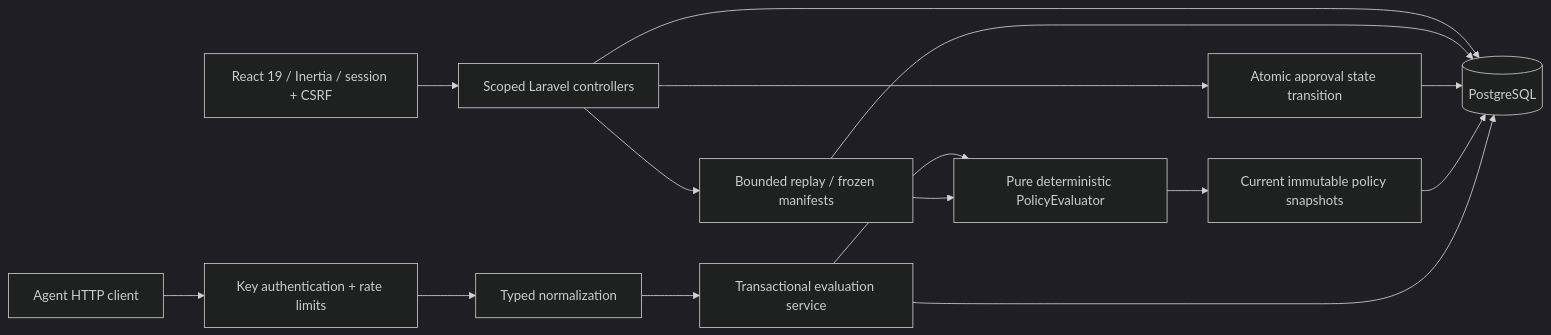
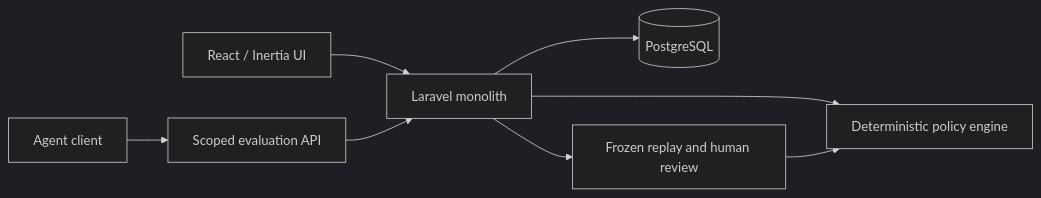
One commit to HIZMALI/ScopeTwin changed the diagram in README.md. Above: the diagram before and after it, drawn with Mermaid (dark theme). The commit also changed other lines of this file and 33 other files, not shown here.

````diff
--- a/README.md
+++ b/README.md
@@ -148,17 +24,10 @@
 ```mermaid
 flowchart LR
-  Browser[React 19 / Inertia / session + CSRF] --> UI[Scoped Laravel controllers]
-  Agent[Agent HTTP client] --> Auth[Key authentication + rate limits]
-  Auth --> Input[Typed normalization]
-  Input --> Service[Transactional evaluation service]
-  Service --> Engine[Pure deterministic PolicyEvaluator]
-  Engine --> Snapshots[Current immutable policy snapshots]
-  UI --> DB[(PostgreSQL)]
-  UI --> Replay[Bounded replay / frozen manifests]
-  Replay --> Engine
-  Replay --> DB
-  UI --> Approval[Atomic approval state transition]
-  Approval --> DB
-  Snapshots --> DB
-  Service --> DB
+    Browser[React / Inertia UI] --> App[Laravel monolith]
+    Agent[Agent client] --> API[Scoped evaluation API]
+    API --> App
+    App --> Engine[Deterministic policy engine]
+    App --> DB[(PostgreSQL)]
+    App --> Replay[Frozen replay and human review]
+    Replay --> Engine
 ```
````
